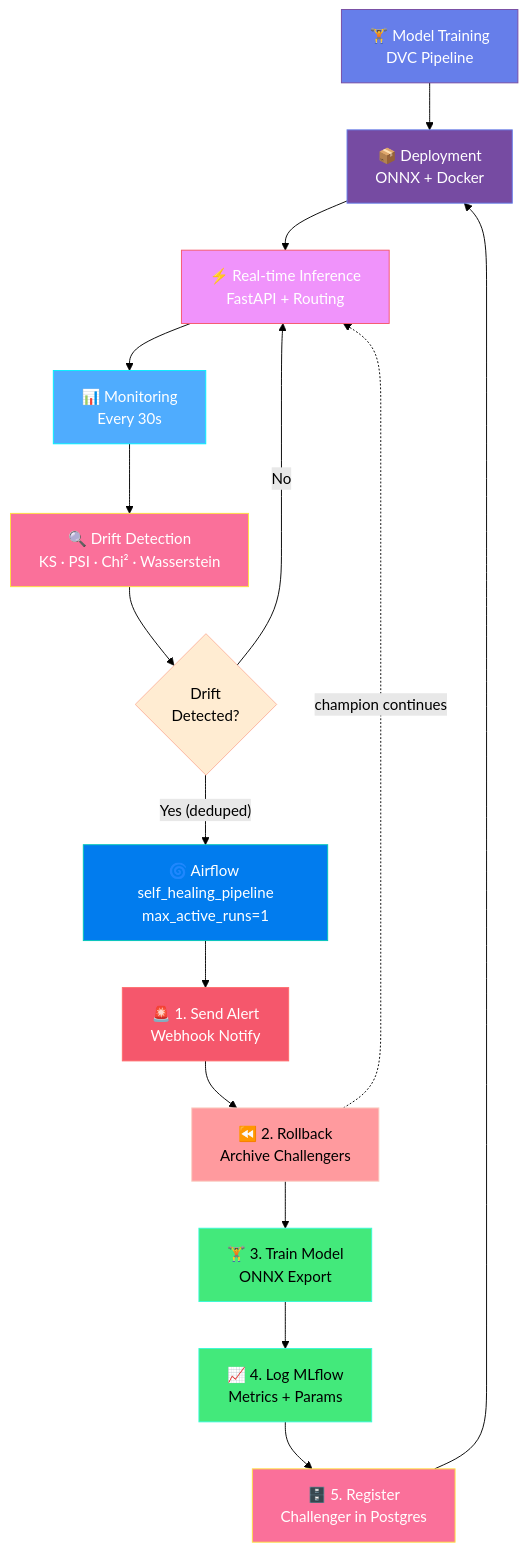
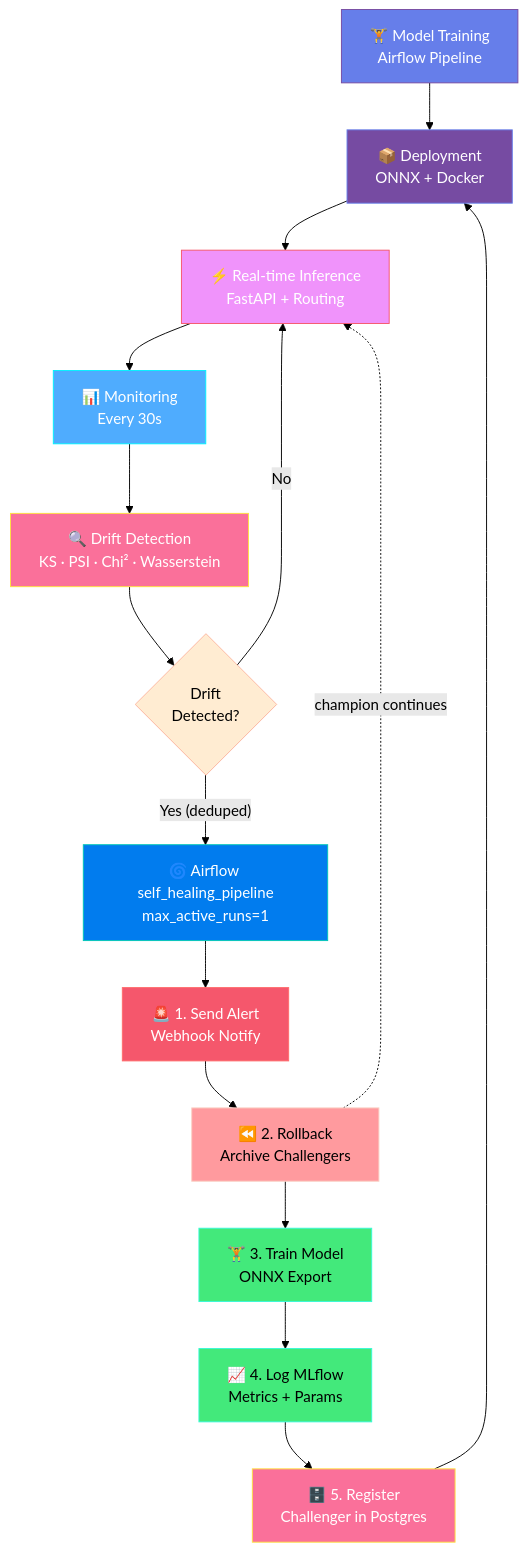
Before and after one commit to vtnguyen04/phoenix_ML: the second of 2 diagrams in README.md, drawn with Mermaid (forest theme). The commit also changed other lines of this file and 31 other files, not shown here.

````diff
--- a/README.md
+++ b/README.md
@@ -113,30 +113,30 @@
 ```mermaid
 graph TD
-    Train["🏋️ Model Training<br/>DVC Pipeline"] --> Deploy["📦 Deployment<br/>ONNX + Docker"]
+    Train["🏋️ Model Training<br/>Airflow Pipeline"] --> Deploy["📦 Deployment<br/>ONNX + Docker"]
     Deploy --> Serve["⚡ Real-time Inference<br/>FastAPI + Routing"]
     Serve --> Monitor["📊 Monitoring<br/>Every 30s"]
     Monitor --> Anomaly["🔍 Drift Detection<br/>KS · PSI · Chi² · Wasserstein"]
     Anomaly --> Decision{"Drift<br/>Detected?"}
     Decision -->|No| Serve
     Decision -->|"Yes (deduped)"| Airflow["🌀 Airflow self_healing_pipeline<br/>max_active_runs=1"]
     Airflow --> T1["🚨 1. Send Alert<br/>Webhook Notify"]
     T1 --> T2["⏪ 2. Rollback<br/>Archive Challengers"]
     T2 --> T3["🏋️ 3. Train Model<br/>ONNX Export"]
     T3 --> T4["📈 4. Log MLflow<br/>Metrics + Params"]
     T4 --> T5["🗄️ 5. Register<br/>Challenger in Postgres"]
     T5 --> Deploy
     T2 -.->|champion continues| Serve
 
     style Train fill:#667eea,stroke:#764ba2,color:#fff
     style Deploy fill:#764ba2,stroke:#667eea,color:#fff
     style Serve fill:#f093fb,stroke:#f5576c,color:#fff
     style Monitor fill:#4facfe,stroke:#00f2fe,color:#fff
     style Anomaly fill:#fa709a,stroke:#fee140,color:#fff
     style Decision fill:#ffecd2,stroke:#fcb69f,color:#000
     style Airflow fill:#017cee,stroke:#00c7b7,color:#fff
     style T1 fill:#f5576c,stroke:#ff6b6b,color:#fff
     style T2 fill:#ff9a9e,stroke:#fad0c4,color:#000
     style T3 fill:#43e97b,stroke:#38f9d7,color:#000
     style T4 fill:#43e97b,stroke:#38f9d7,color:#000
     style T5 fill:#fa709a,stroke:#fee140,color:#fff
 ```
````
